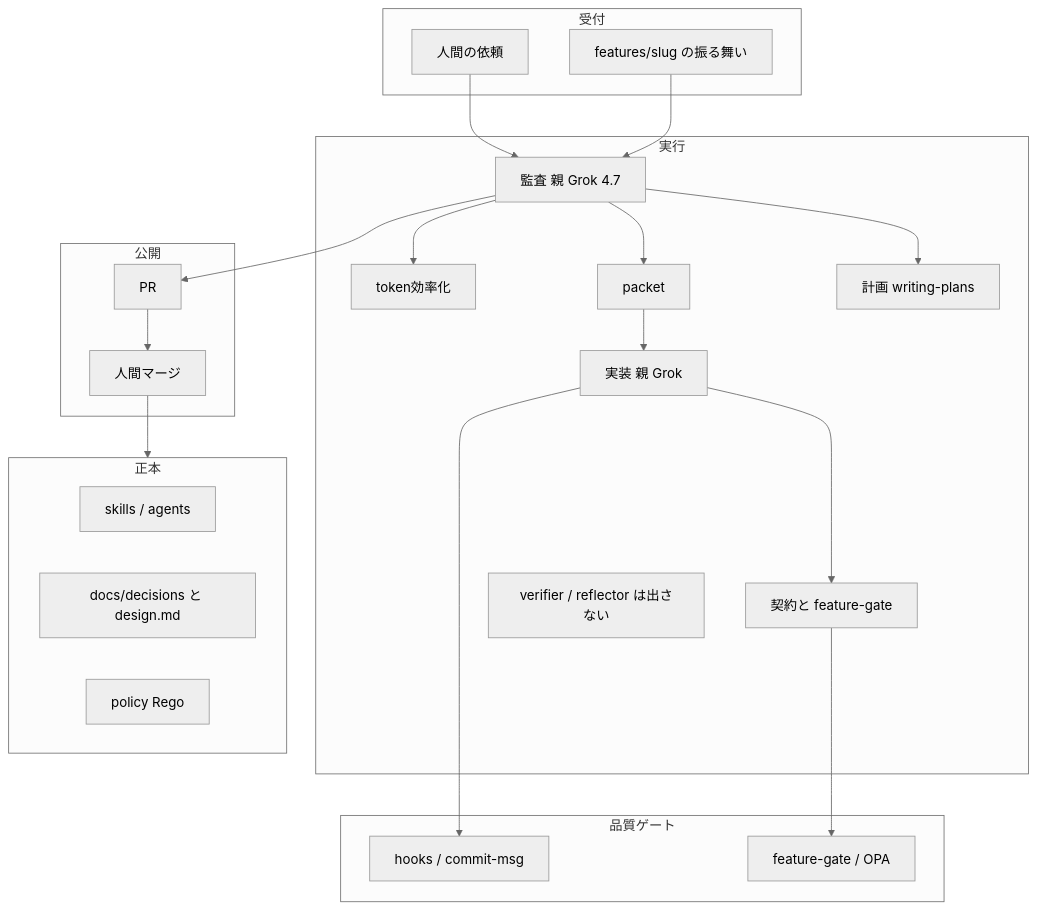
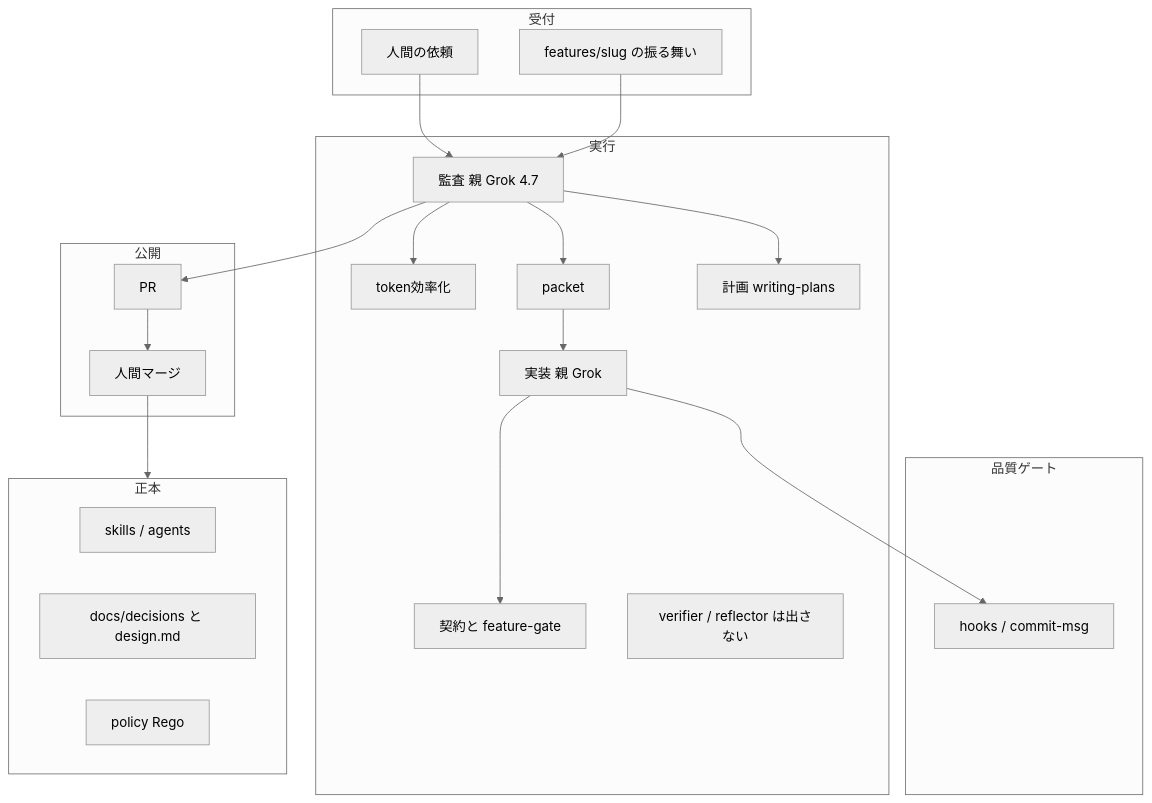
The second of 4 diagrams in README.md (marumo333/marumo333-cursor-harness), drawn with Mermaid (neutral theme) before and after one commit. The commit also changed other lines of this file and 6 other files, not shown here.

Commit message:
docs: README の図と完了の定義をゲートに合わせる

````diff
--- a/README.md
+++ b/README.md
@@ -84,46 +84,44 @@
 ```mermaid
 flowchart TB
   subgraph inbound["受付"]
     H["人間の依頼"]
     BH["features/slug の振る舞い"]
   end
 
   subgraph plant["実行"]
     P["監査 親 Grok 4.7"]
     CM["token効率化"]
     PK["packet"]
     PL["計画 writing-plans"]
     IM["実装 親 Grok"]
     CT["契約と feature-gate"]
     OFF["verifier / reflector は出さない"]
   end
 
   subgraph qa["品質ゲート"]
     HK["hooks / commit-msg"]
-    FG["feature-gate / OPA"]
   end
 
   subgraph warehouse["正本"]
     SK["skills / agents"]
     AD["docs/decisions と design.md"]
     PO["policy Rego"]
   end
 
   subgraph ship["公開"]
     PR["PR"]
     HM["人間マージ"]
   end
 
   H --> P
   BH --> P
   P --> CM
   P --> PK
   P --> PL
   PK --> IM
   IM --> HK
   IM --> CT
-  CT --> FG
   P --> PR
   PR --> HM
   HM --> warehouse
 ```
````
